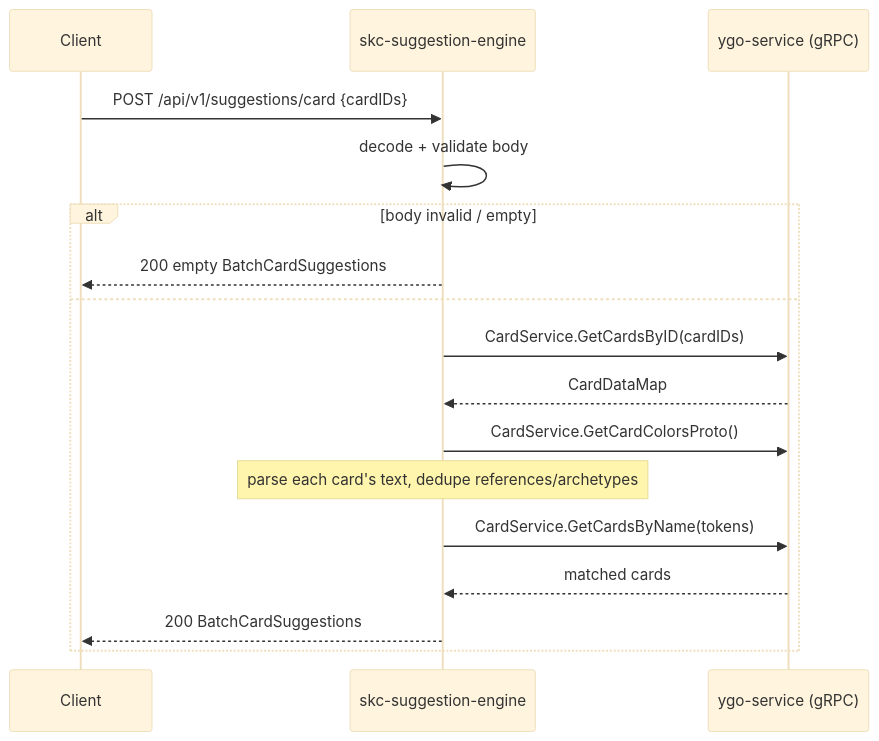
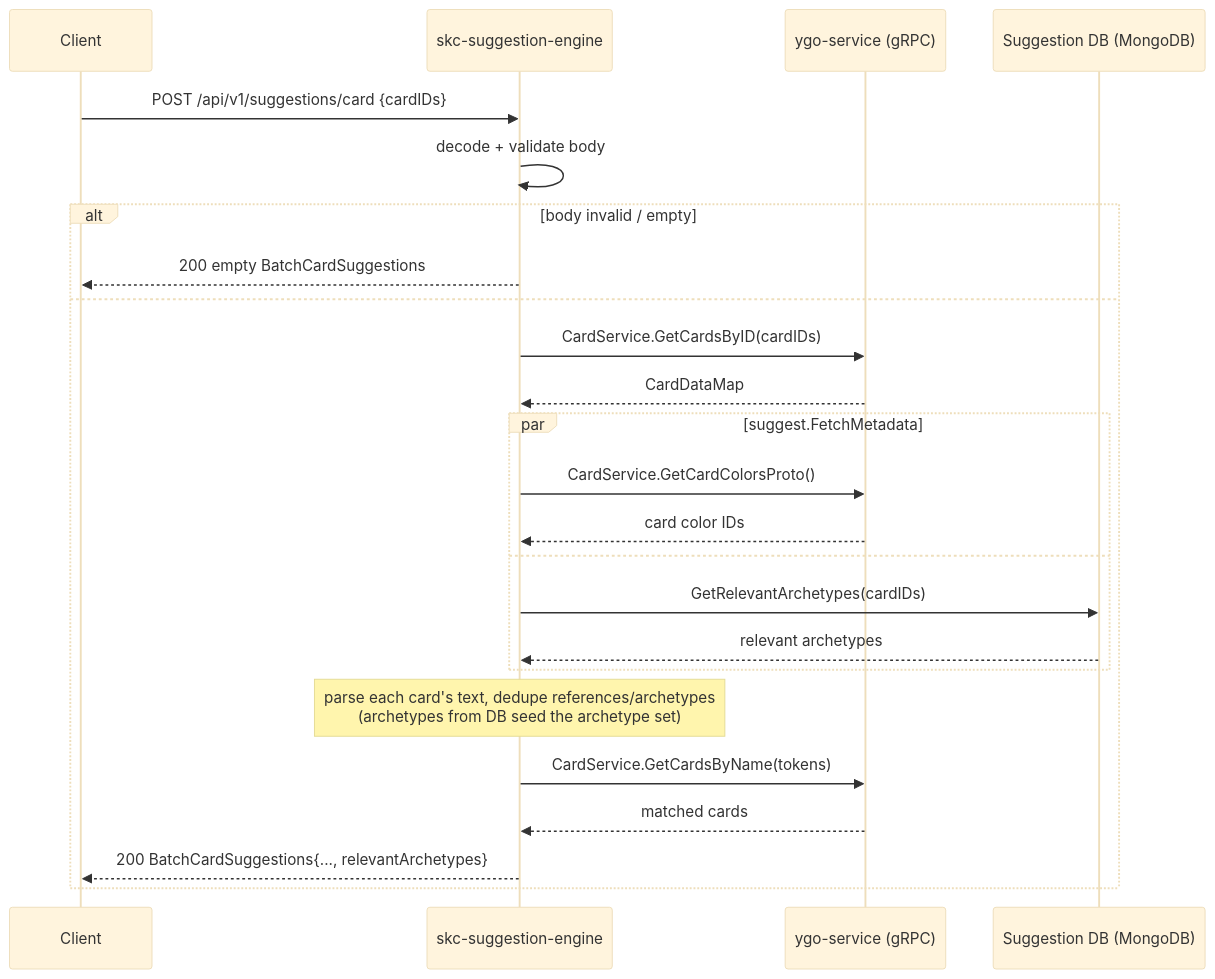
Before and after one commit to ygo-skc/skc-suggestion-engine: the fifth of 13 diagrams in SYSTEM_DESIGN.md, drawn with Mermaid (base theme). The commit also changed other lines of this file, not shown here.

````diff
--- a/SYSTEM_DESIGN.md
+++ b/SYSTEM_DESIGN.md
@@ -86,20 +95,27 @@
 ```mermaid
 sequenceDiagram
     participant Client
     participant API as skc-suggestion-engine
     participant YGO as ygo-service (gRPC)
+    participant DB as Suggestion DB (MongoDB)
 
     Client->>API: POST /api/v1/suggestions/card {cardIDs}
     API->>API: decode + validate body
     alt body invalid / empty
         API-->>Client: 200 empty BatchCardSuggestions
     else
         API->>YGO: CardService.GetCardsByID(cardIDs)
         YGO-->>API: CardDataMap
-        API->>YGO: CardService.GetCardColorsProto()
-        Note over API: parse each card's text, dedupe references/archetypes
+        par suggest.FetchMetadata
+            API->>YGO: CardService.GetCardColorsProto()
+            YGO-->>API: card color IDs
+        and
+            API->>DB: GetRelevantArchetypes(cardIDs)
+            DB-->>API: relevant archetypes
+        end
+        Note over API: parse each card's text, dedupe references/archetypes<br/>(archetypes from DB seed the archetype set)
         API->>YGO: CardService.GetCardsByName(tokens)
         YGO-->>API: matched cards
-        API-->>Client: 200 BatchCardSuggestions
+        API-->>Client: 200 BatchCardSuggestions{..., relevantArchetypes}
     end
 ```
````
